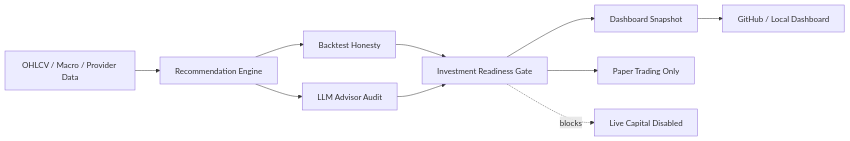
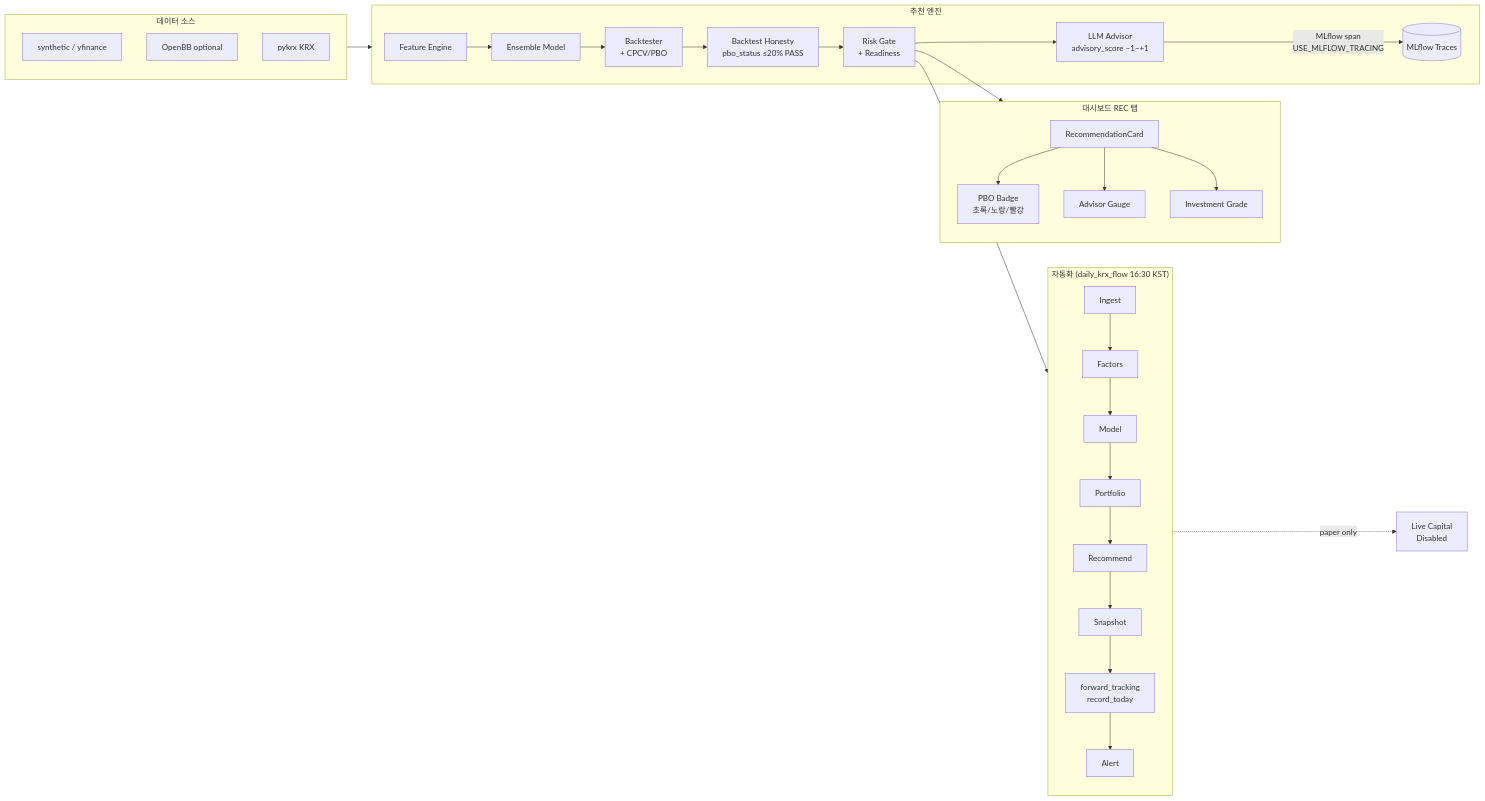
The first of 19 diagrams in README.md (macho715/stock_hermes), drawn with Mermaid before and after one commit. The commit also changed other lines of this file, not shown here.

First line of the commit message:
docs(readme): Wave 3 Mermaid graphs + structure update

````diff
--- a/README.md
+++ b/README.md
@@ -37,12 +38,36 @@
 ```mermaid
 flowchart LR
-  Data[OHLCV / Macro / Provider Data] --> Engine[Recommendation Engine]
-  Engine --> Backtest[Backtest Honesty]
-  Engine --> Advisor[LLM Advisor Audit]
-  Backtest --> Readiness[Investment Readiness Gate]
-  Advisor --> Readiness
-  Readiness --> Snapshot[Dashboard Snapshot]
-  Snapshot --> Dashboard[GitHub / Local Dashboard]
-  Readiness --> Paper[Paper Trading Only]
-  Readiness -. blocks .-> Live[Live Capital Disabled]
+  subgraph Sources["데이터 소스"]
+    S1[synthetic / yfinance]
+    S2[OpenBB optional]
+    S3[pykrx KRX]
+  end
+
+  subgraph Engine["추천 엔진"]
+    E1[Feature Engine] --> E2[Ensemble Model]
+    E2 --> E3[Backtester\n+ CPCV/PBO]
+    E3 --> E4[Backtest Honesty\npbo_status ≤20% PASS]
+    E4 --> E5[Risk Gate\n+ Readiness]
+    E5 --> E6[LLM Advisor\nadvisory_score −1~+1]
+    E6 -->|MLflow span\nUSE_MLFLOW_TRACING| E7[(MLflow Traces)]
+  end
+
+  subgraph Dashboard["대시보드 REC 탭"]
+    D1[RecommendationCard]
+    D1 --> D2[PBO Badge\n초록/노랑/빨강]
+    D1 --> D3[Advisor Gauge]
+    D1 --> D4[Investment Grade]
+  end
+
+  subgraph Automation["자동화 (daily_krx_flow 16:30 KST)"]
+    A1[Ingest] --> A2[Factors] --> A3[Model]
+    A3 --> A4[Portfolio] --> A5[Recommend]
+    A5 --> A6[Snapshot] --> A7[forward_tracking\nrecord_today]
+    A7 --> A8[Alert]
+  end
+
+  Sources --> Engine
+  E5 --> Dashboard
+  E5 --> Automation
+  Automation -. paper only .-> Block[Live Capital\nDisabled]
 ```
````
